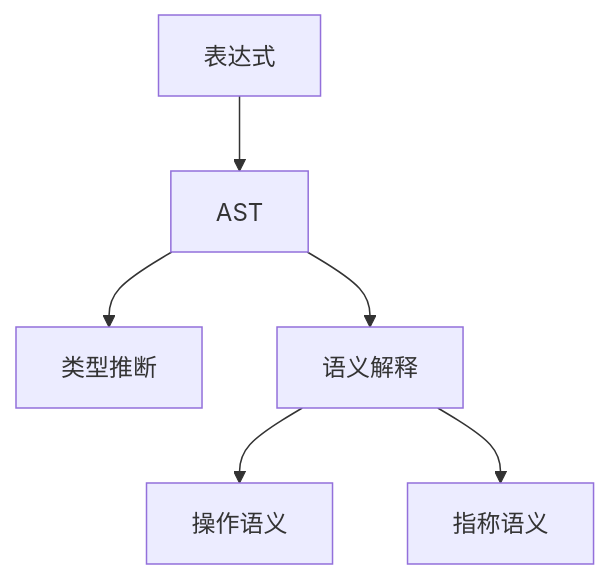
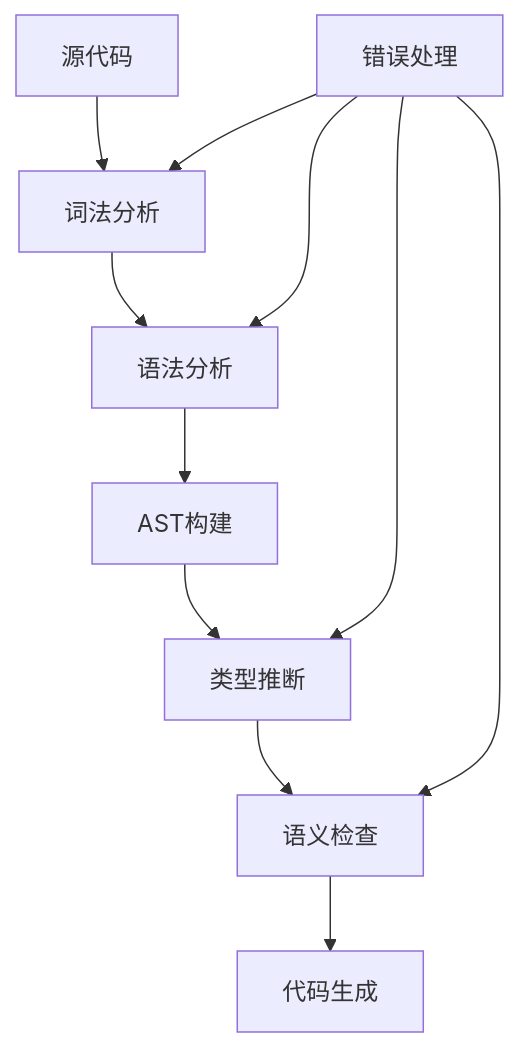
One commit to AdaMartin18010/Lean changed the first of 5 diagrams in semantic/1-lean-grammar-and-semantics/1.3-lean-语法结构与表达式分析.md. Above: the diagram before and after it, drawn with Mermaid. The commit also changed other lines of this file and 57 other files, not shown here.

````diff
--- a/semantic/1-lean-grammar-and-semantics/1.3-lean-语法结构与表达式分析.md
+++ b/semantic/1-lean-grammar-and-semantics/1.3-lean-语法结构与表达式分析.md
@@ -74,8 +409,14 @@
 ```mermaid
 graph TD
-  A[表达式] --> B[AST]
-  B --> C[类型推断]
-  B --> D[语义解释]
-  D --> E[操作语义]
-  D --> F[指称语义]
+  A[源代码] --> B[词法分析]
+  B --> C[语法分析]
+  C --> D[AST构建]
+  D --> E[类型推断]
+  E --> F[语义检查]
+  F --> G[代码生成]
+  
+  H[错误处理] --> B
+  H --> C
+  H --> E
+  H --> F
 ```
````
